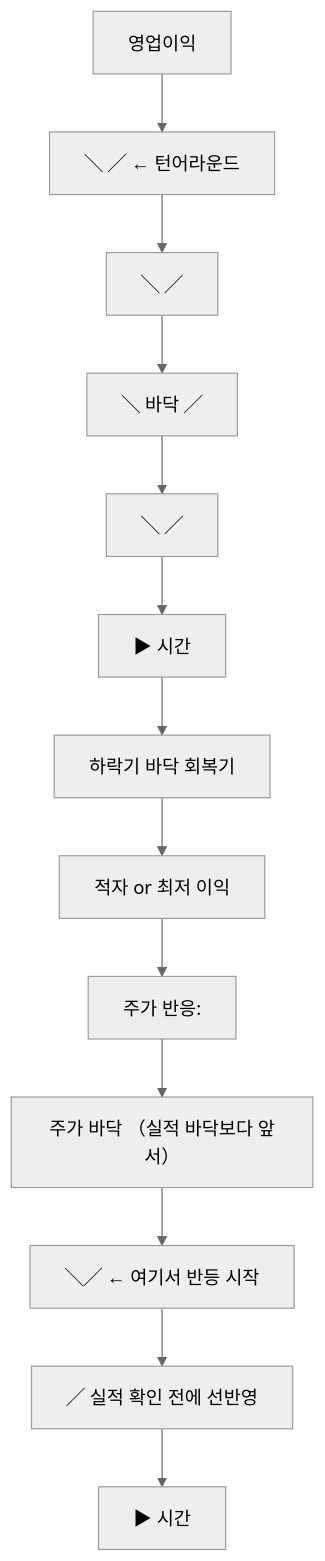
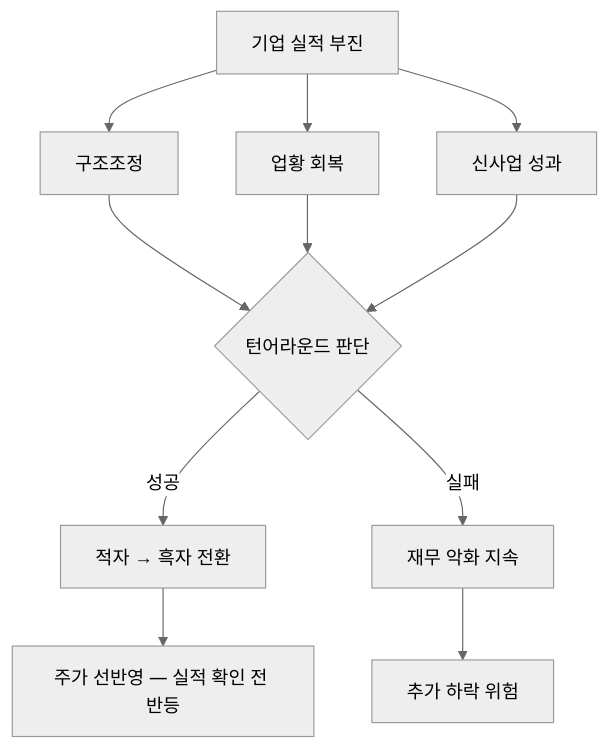
The diagram in content/stock-terms/ko/level-08-industry-macro/turnaround.md (yeongseon/stock-visual-note), drawn with Mermaid (neutral theme) before and after one commit. The commit also changed other lines of this file and 96 other files, not shown here.

Commit message:
Rewrite all 98 remaining articles: branching Mermaid diagrams, natural search_intent, compelling seo_titles, clean descriptions

````diff
--- a/content/stock-terms/ko/level-08-industry-macro/turnaround.md
+++ b/content/stock-terms/ko/level-08-industry-macro/turnaround.md
@@ -42,28 +42,14 @@
 ```mermaid
 graph TD
-    A0["영업이익"]
-    A1["╲ ╱ ← 턴어라운드"]
-    A2["╲ ╱"]
-    A3["╲ 바닥 ╱"]
-    A4["╲ ╱"]
-    A5["▶ 시간"]
-    A6["하락기 바닥 회복기"]
-    A7["적자 or 최저 이익"]
-    A8["주가 반응:"]
-    A9["주가 바닥 （실적 바닥보다 앞서）"]
-    A10["╲╱ ← 여기서 반등 시작"]
-    A11["╱ 실적 확인 전에 선반영"]
-    A12["▶ 시간"]
-    A0 --> A1
-    A1 --> A2
-    A2 --> A3
-    A3 --> A4
-    A4 --> A5
-    A5 --> A6
-    A6 --> A7
-    A7 --> A8
-    A8 --> A9
-    A9 --> A10
-    A10 --> A11
-    A11 --> A12
+    A["기업 실적 부진"]
+    A --> B["구조조정"]
+    A --> C["업황 회복"]
+    A --> D["신사업 성과"]
+    B --> E{"턴어라운드 판단"}
+    C --> E
+    D --> E
+    E -->|"성공"| F["적자 → 흑자 전환"]
+    E -->|"실패"| G["재무 악화 지속"]
+    F --> H["주가 선반영 — 실적 확인 전 반등"]
+    G --> I["추가 하락 위험"]
 ```
````
